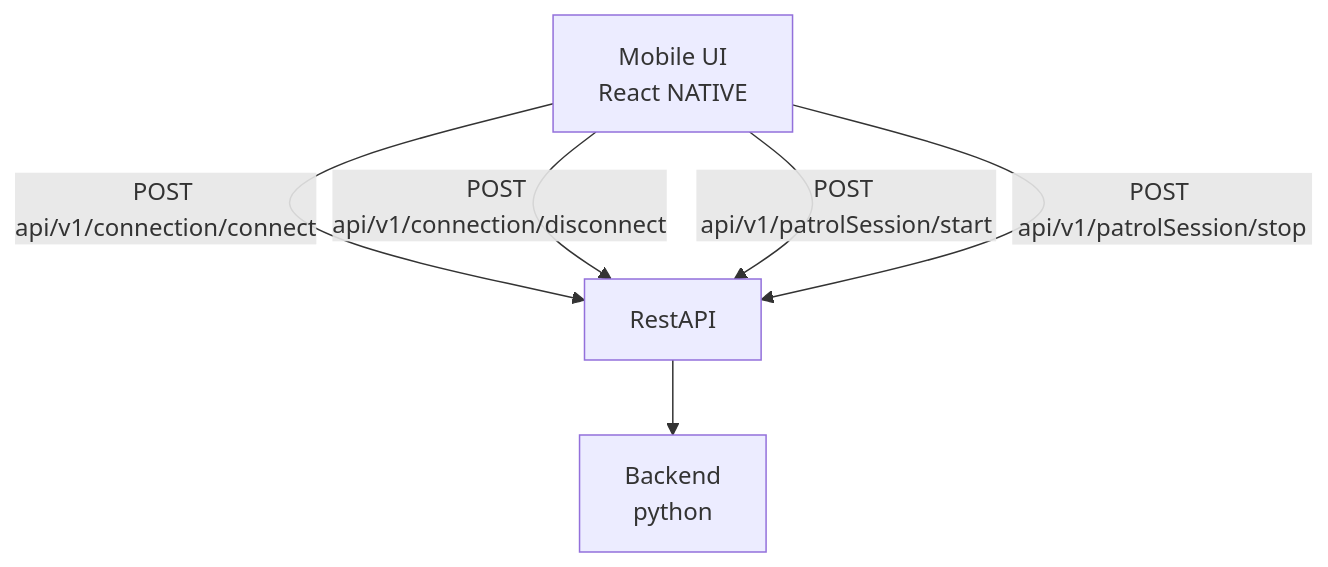
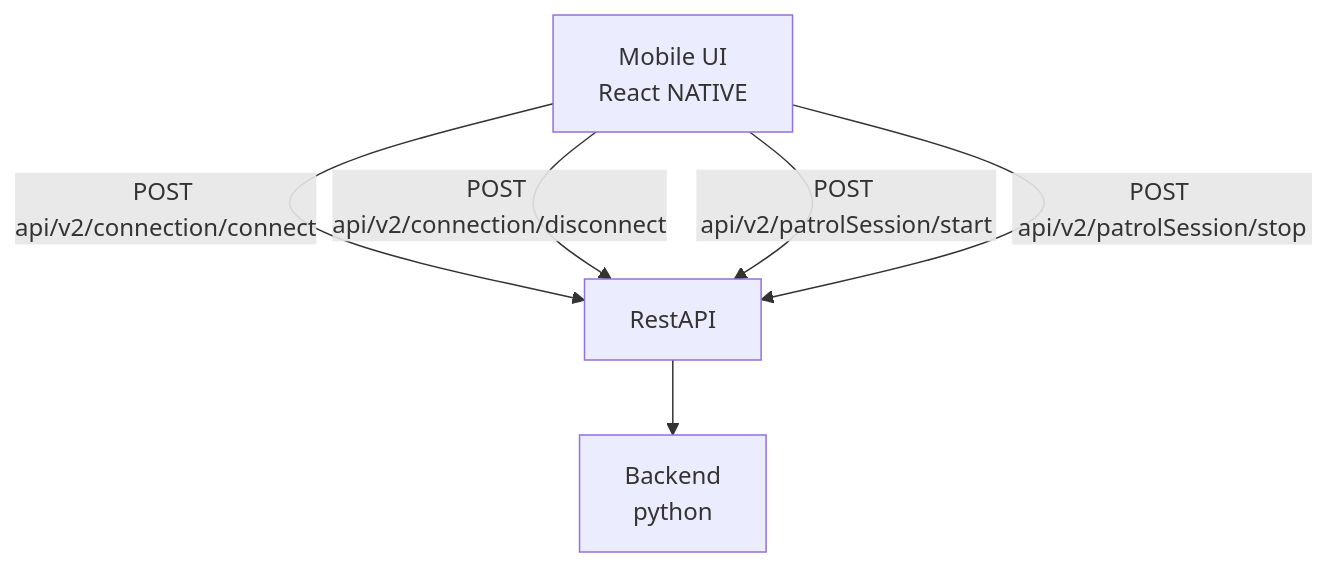
The diagram in contracts/positioning-ingestion/v2/README.md (aau-cph-sw5/case-b-manning-patrol), drawn with Mermaid before and after one commit. The commit also changed other lines of this file and 2 other files, not shown here.

````diff
--- a/contracts/positioning-ingestion/v2/README.md
+++ b/contracts/positioning-ingestion/v2/README.md
@@ -7,8 +7,8 @@
 ```mermaid
 graph TD
-    MobileUI[Mobile UI\nReact NATIVE] -->|POST api/v1/connection/connect| RestAPI
-    MobileUI -->|POST api/v1/connection/disconnect| RestAPI
-    MobileUI -->|POST api/v1/patrolSession/start| RestAPI
-    MobileUI -->|POST api/v1/patrolSession/stop| RestAPI
+    MobileUI[Mobile UI\nReact NATIVE] -->|POST api/v2/connection/connect| RestAPI
+    MobileUI -->|POST api/v2/connection/disconnect| RestAPI
+    MobileUI -->|POST api/v2/patrolSession/start| RestAPI
+    MobileUI -->|POST api/v2/patrolSession/stop| RestAPI
     RestAPI[RestAPI] --> Backend[Backend\npython]
 ```
````
